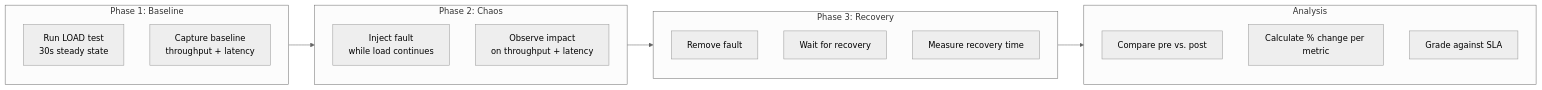
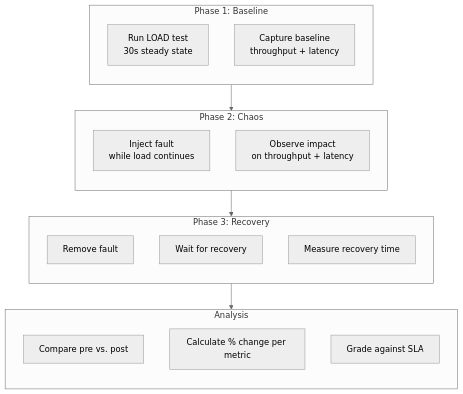
Before and after one commit to actions-marketplace-validations/bmscomp_kates: the ninth of 9 diagrams in docs/book/07-chaos-practice.md, drawn with Mermaid (neutral theme). The commit also changed 21 other files, not shown here.

First line of the commit message:
docs(book): readable code and diagrams, and a light/dark theme (#187)

````diff
--- a/docs/book/07-chaos-practice.md
+++ b/docs/book/07-chaos-practice.md
@@ -550,26 +550,30 @@
 ```mermaid
-graph LR
+graph TB
     subgraph Phase1["Phase 1: Baseline"]
+        direction TB
         B1[Run LOAD test<br/>30s steady state]
         B2[Capture baseline<br/>throughput + latency]
     end
     
     subgraph Phase2["Phase 2: Chaos"]
+        direction TB
         C1[Inject fault<br/>while load continues]
         C2[Observe impact<br/>on throughput + latency]
     end
     
     subgraph Phase3["Phase 3: Recovery"]
+        direction TB
         R1[Remove fault]
         R2[Wait for recovery]
         R3[Measure recovery time]
     end
     
     subgraph Analysis
+        direction TB
         A1[Compare pre vs. post]
         A2[Calculate % change per metric]
         A3[Grade against SLA]
     end
     
     Phase1 --> Phase2 --> Phase3 --> Analysis
 ```
````
